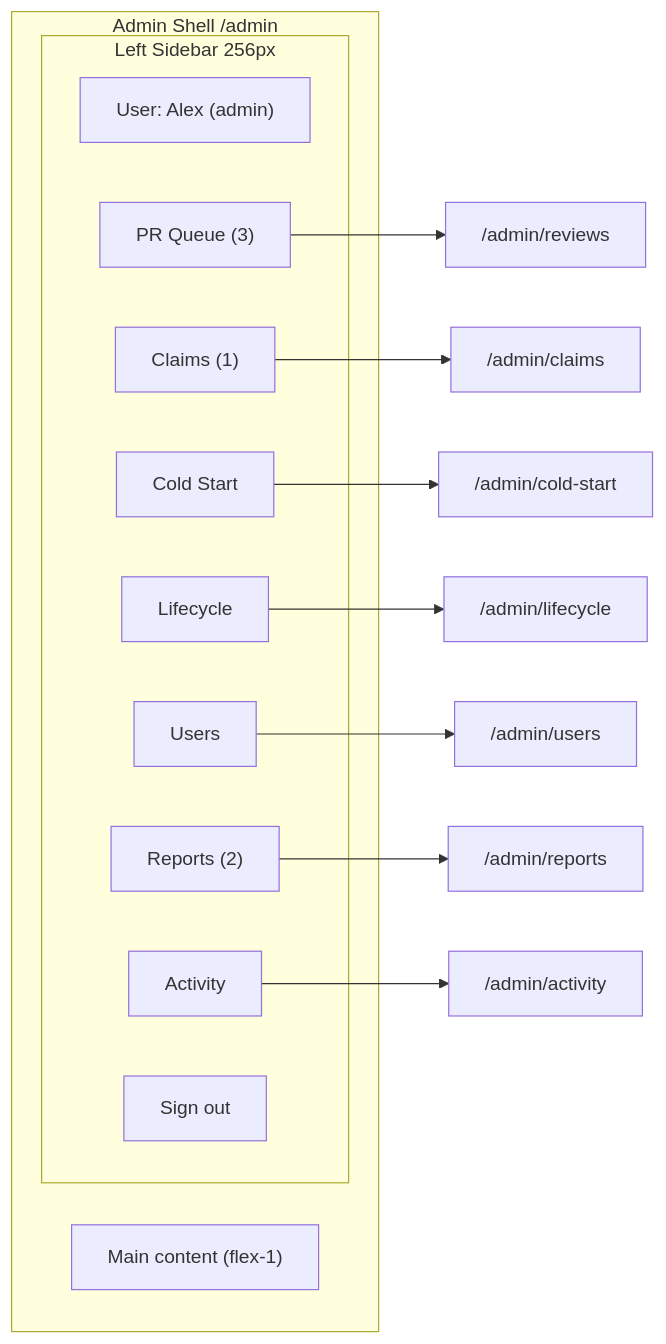
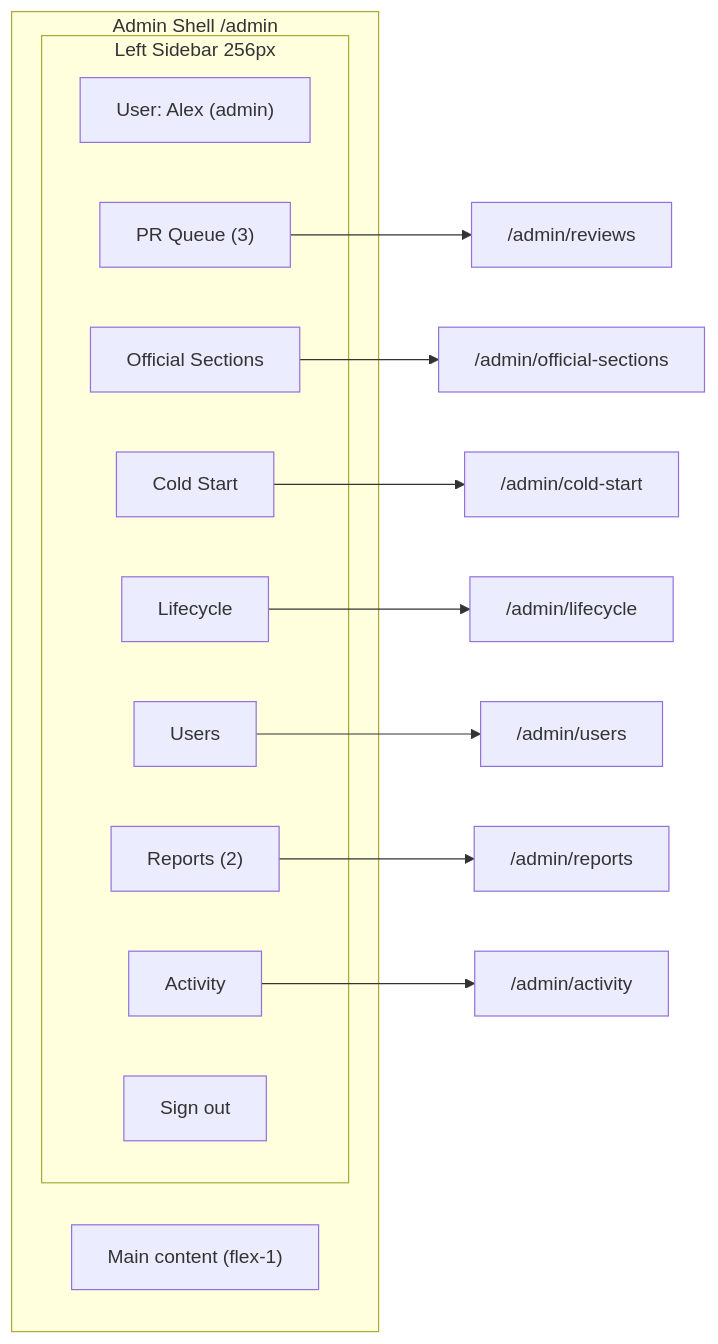
One commit to suryajj/uw-wiki changed the first of 2 diagrams in UW-Wiki/FRDs/FRD-7-admin-dashboard.md. Above: the diagram before and after it, drawn with Mermaid. The commit also changed other lines of this file and 12 other files, not shown here.

````diff
--- a/UW-Wiki/FRDs/FRD-7-admin-dashboard.md
+++ b/UW-Wiki/FRDs/FRD-7-admin-dashboard.md
@@ -1654,25 +1619,25 @@
 ```mermaid
 flowchart LR
     subgraph adminShell [Admin Shell /admin]
       subgraph sidebar [Left Sidebar 256px]
         user["User: Alex (admin)"]
         nav1["PR Queue (3)"]
-        nav2["Claims (1)"]
+        nav2["Official Sections"]
         nav3["Cold Start"]
         nav4["Lifecycle"]
         nav5["Users"]
         nav6["Reports (2)"]
         nav7["Activity"]
         signout["Sign out"]
       end
       main["Main content (flex-1)"]
     end
 
     nav1 --> reviews["/admin/reviews"]
-    nav2 --> claims["/admin/claims"]
+    nav2 --> officialsections["/admin/official-sections"]
     nav3 --> coldstart["/admin/cold-start"]
     nav4 --> lifecycle["/admin/lifecycle"]
     nav5 --> users["/admin/users"]
     nav6 --> reports["/admin/reports"]
     nav7 --> activity["/admin/activity"]
 ```
````
